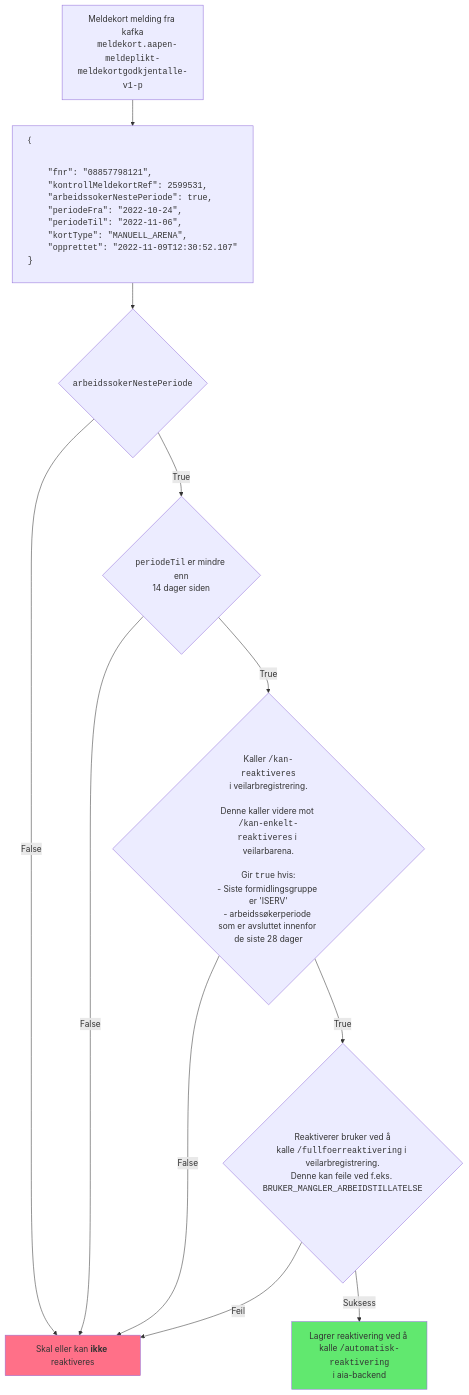
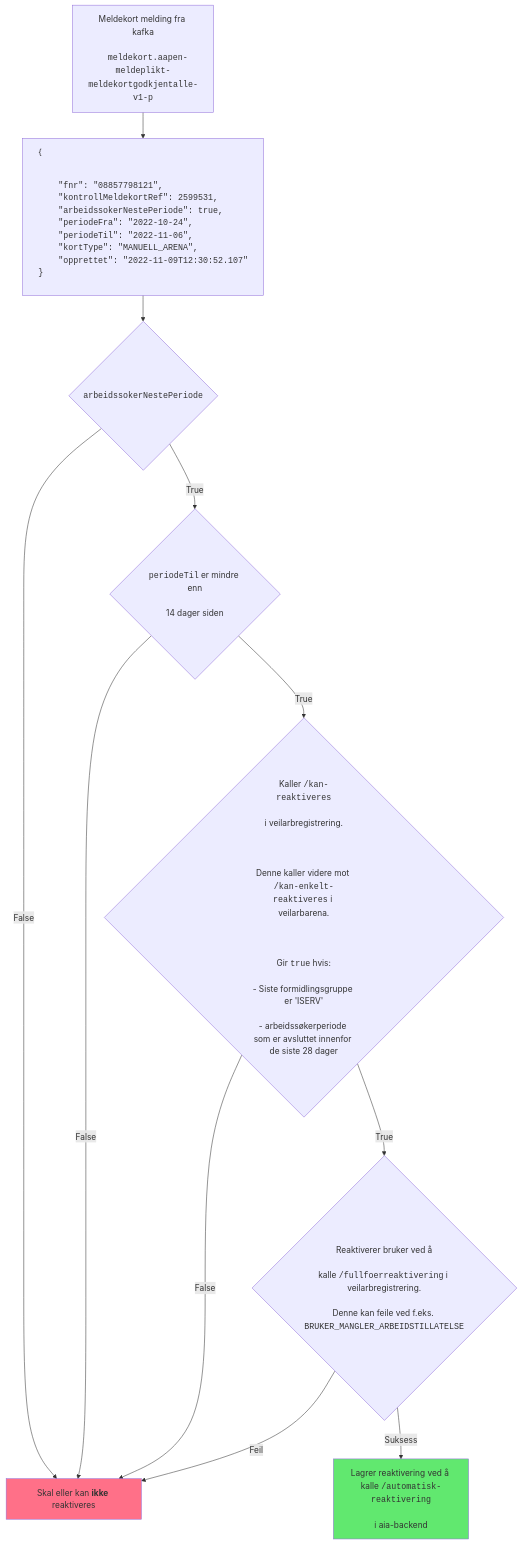
The diagram in README.md (navikt/paw-reaktiver-arbeidssoker), drawn with Mermaid before and after one commit.

````diff
--- a/README.md
+++ b/README.md
@@ -7,42 +7,42 @@
 ```mermaid
 graph TD
-    A["Meldekort melding fra kafka
+    A["Meldekort melding fra kafka<br>
     <code>meldekort.aapen-meldeplikt-meldekortgodkjentalle-v1-p</code>
     "] --> B["{
     <pre>
     &quot;fnr&quot;: &quot;08857798121&quot;,
     &quot;kontrollMeldekortRef&quot;: 2599531,
     &quot;arbeidssokerNestePeriode&quot;: true,
     &quot;periodeFra&quot;: &quot;2022-10-24&quot;,
     &quot;periodeTil&quot;: &quot;2022-11-06&quot;,
     &quot;kortType&quot;: &quot;MANUELL_ARENA&quot;,
     &quot;opprettet&quot;: &quot;2022-11-09T12:30:52.107&quot;
 }"]
 B --> D{<code>arbeidssokerNestePeriode</code>}
 D --> |False| AVSLUTT
-D --> |True| F{"<code>periodeTil</code> er mindre enn
+D --> |True| F{"<code>periodeTil</code> er mindre enn<br>
 14 dager siden"}
 F --> |False| AVSLUTT
-F --> |True| G{"Kaller <code>/kan-reaktiveres</code>
-i veilarbregistrering.
+F --> |True| G{"Kaller <code>/kan-reaktiveres</code><br>
+i veilarbregistrering.<br><br>
 
-Denne kaller videre mot <code>/kan-enkelt-reaktiveres</code> i veilarbarena.
+Denne kaller videre mot <code>/kan-enkelt-reaktiveres</code> i veilarbarena.<br><br>
 
-Gir <code>true</code> hvis:
-- Siste formidlingsgruppe er 'ISERV'
+Gir <code>true</code> hvis:<br>
+- Siste formidlingsgruppe er 'ISERV'<br>
 - arbeidssøkerperiode som er avsluttet innenfor de siste 28 dager
 "}
 G --> |False| AVSLUTT
-G --> |True| H{"Reaktiverer bruker ved å
-kalle <code>/fullfoerreaktivering</code> i veilarbregistrering.
+G --> |True| H{"Reaktiverer bruker ved å<br>
+kalle <code>/fullfoerreaktivering</code> i veilarbregistrering.<br>
 Denne kan feile ved f.eks. <code>BRUKER_MANGLER_ARBEIDSTILLATELSE</code>"}
 H --> |Feil| AVSLUTT
-H --> |Suksess| I["Lagrer reaktivering ved å kalle <code>/automatisk-reaktivering</code>
+H --> |Suksess| I["Lagrer reaktivering ved å kalle <code>/automatisk-reaktivering</code><br>
 i aia-backend"]
 
 AVSLUTT["Skal eller kan <b>ikke</b> reaktiveres"]
 
 style B text-align:left
 style AVSLUTT fill:#ff7088
 style I fill:#61e86f
 ```
````
